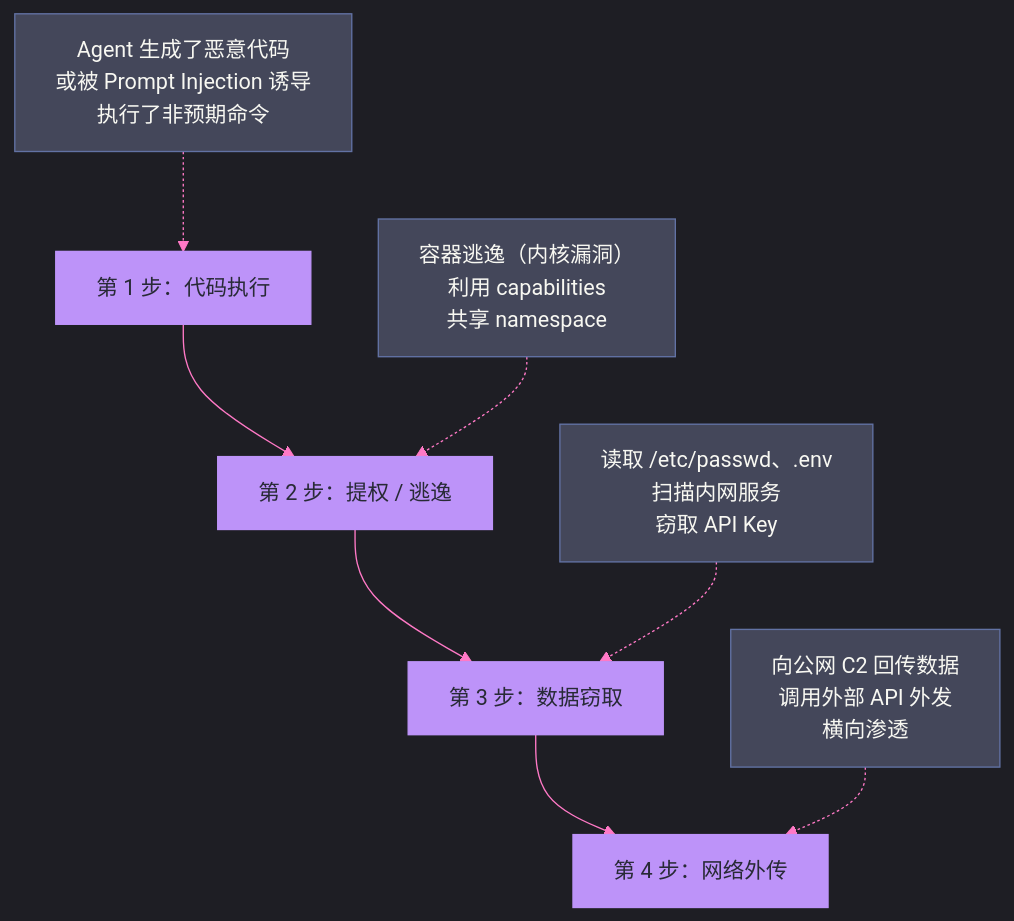
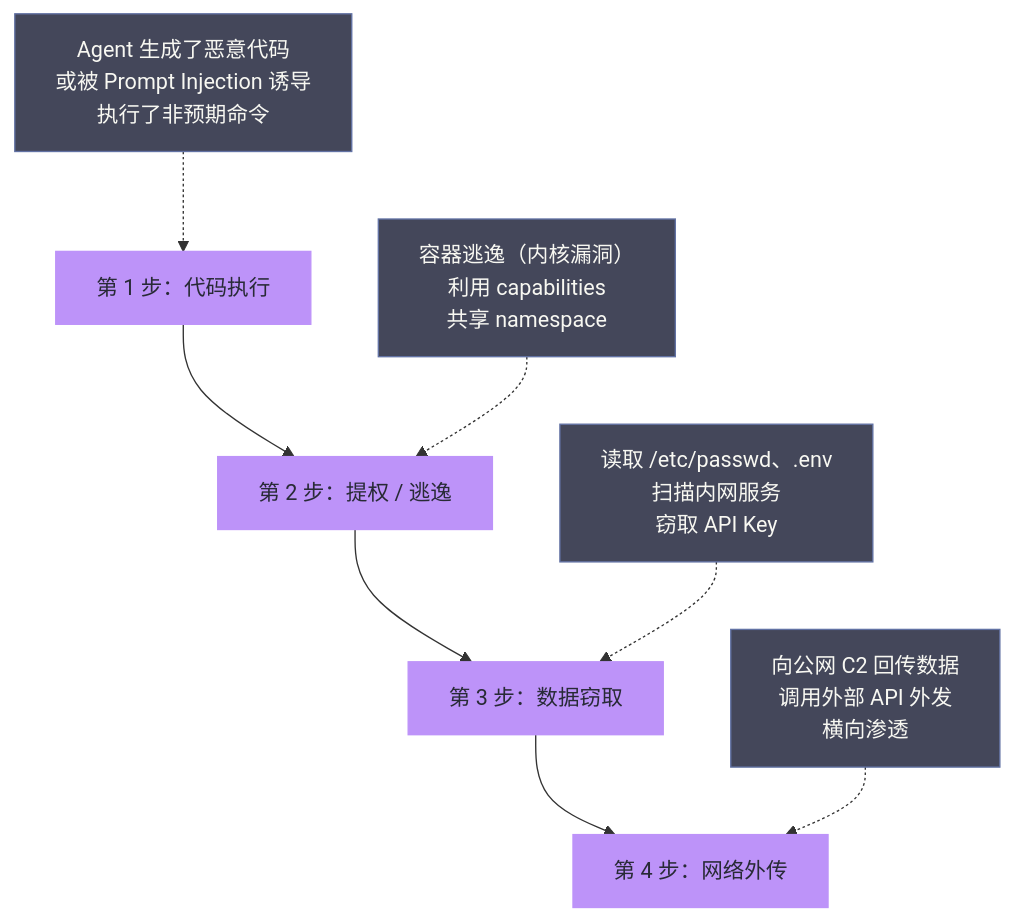
Before and after one commit to hpliStartAgain/my-brain: the first of 4 diagrams in content/LLM/Agent沙箱技术/01 Agent 沙箱全景——威胁模型、六层技术栈与逻辑演进.md, drawn with Mermaid. The commit also changed other lines of this file and 4 other files, not shown here.

````diff
--- a/content/LLM/Agent沙箱技术/01 Agent 沙箱全景——威胁模型、六层技术栈与逻辑演进.md
+++ b/content/LLM/Agent沙箱技术/01 Agent 沙箱全景——威胁模型、六层技术栈与逻辑演进.md
@@ -75,17 +77,17 @@
 ```mermaid
-%%{init: {'theme': 'dark', 'themeVariables': {'primaryColor': '#6272a4', 'primaryTextColor': '#f8f8f2', 'primaryBorderColor': '#bd93f9', 'lineColor': '#ff79c6', 'secondaryColor': '#44475a', 'tertiaryColor': '#282a36'}}}%%
+%%{init: {'theme': 'dracula', 'themeVariables': {'primaryColor': '#6272a4', 'primaryTextColor': '#f8f8f2', 'primaryBorderColor': '#bd93f9', 'lineColor': '#ff79c6', 'secondaryColor': '#44475a', 'tertiaryColor': '#282a36'}}%%
 graph TD
     A["第 1 步：代码执行"] --> B["第 2 步：提权 / 逃逸"]
     B --> C["第 3 步：数据窃取"]
     C --> D["第 4 步：网络外传"]
 
     A1["Agent 生成了恶意代码<br/>或被 Prompt Injection 诱导<br/>执行了非预期命令"] -.-> A
     B1["容器逃逸（内核漏洞）<br/>利用 capabilities<br/>共享 namespace"] -.-> B
     C1["读取 /etc/passwd、.env<br/>扫描内网服务<br/>窃取 API Key"] -.-> C
     D1["向公网 C2 回传数据<br/>调用外部 API 外发<br/>横向渗透"] -.-> D
 
     classDef step fill:#bd93f9,stroke:#bd93f9,color:#282a36
     classDef detail fill:#44475a,stroke:#6272a4,color:#f8f8f2
     class A,B,C,D step
     class A1,B1,C1,D1 detail
 ```
````
